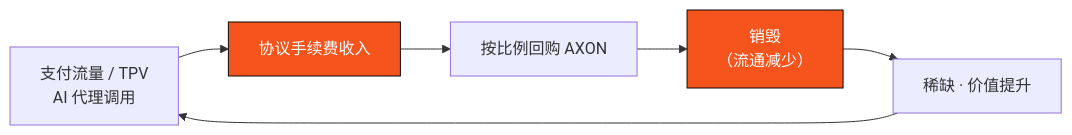
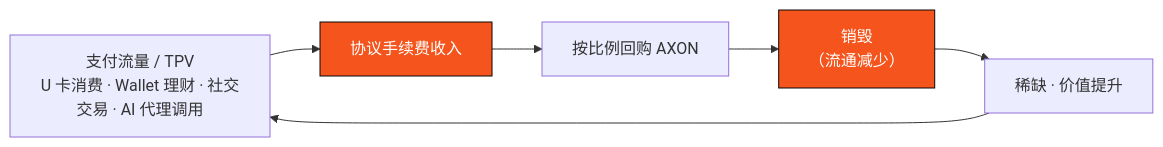
Before and after one commit to AIVIVEHQ/axon-whitepaper: the diagram in part7-tokenomics/7-3-utility-flywheel.md, drawn with Mermaid. The commit also changed other lines of this file and 17 other files, not shown here.

````diff
--- a/part7-tokenomics/7-3-utility-flywheel.md
+++ b/part7-tokenomics/7-3-utility-flywheel.md
@@ -23,10 +23,10 @@
 ```mermaid
 flowchart LR
-    A["支付流量 / TPV<br/>AI 代理调用"] --> B["协议手续费收入"]
+    A["支付流量 / TPV<br/>U 卡消费 · Wallet 理财 · 社交交易 · AI 代理调用"] --> B["协议手续费收入"]
     B --> C["按比例回购 AXON"]
     C --> D["销毁<br/>（流通减少）"]
     D --> E["稀缺 · 价值提升"]
     E --> A
     style B fill:#f5541c,stroke:#0a0908,color:#fff
     style D fill:#f5541c,stroke:#0a0908,color:#fff
 ```
````
